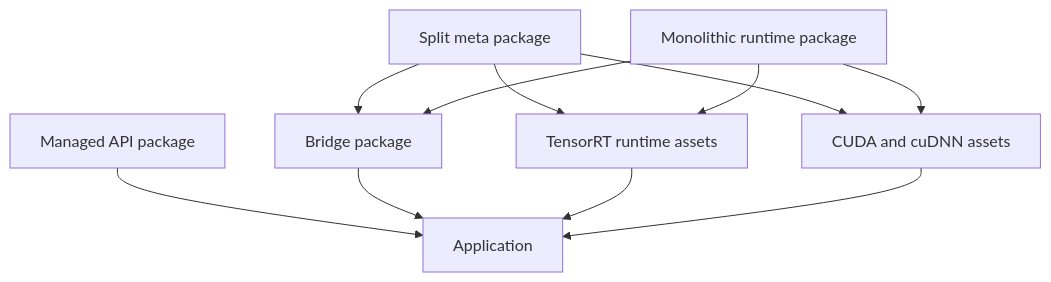
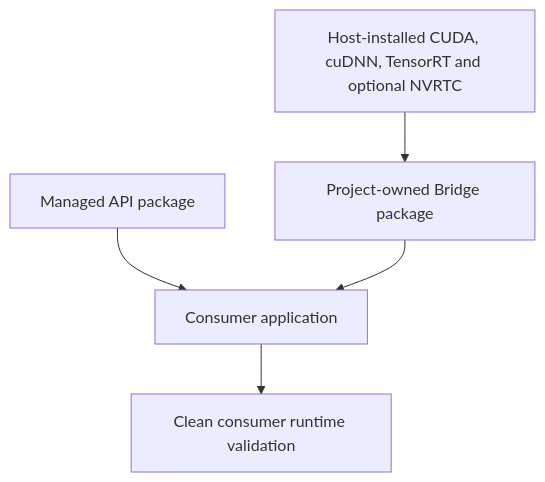
One commit to guojin-yan/TensorRT-CSharp-API changed the first of 2 diagrams in docs/articles/zh-cn/runtime-package-selection.md. Above: the diagram before and after it, drawn with Mermaid. The commit also changed other lines of this file and 65 other files, not shown here.

````diff
--- a/docs/articles/zh-cn/runtime-package-selection.md
+++ b/docs/articles/zh-cn/runtime-package-selection.md
@@ -18,13 +25,7 @@
 ```mermaid
 flowchart TD
-    A["Managed API package"] --> APP["Application"]
-    B["Bridge package"] --> APP
-    T["TensorRT runtime assets"] --> APP
-    C["CUDA and cuDNN assets"] --> APP
-    M["Split meta package"] --> B
-    M --> T
-    M --> C
-    F["Monolithic runtime package"] --> B
-    F --> T
-    F --> C
+    M["Managed API package"] --> APP["Consumer application"]
+    B["Project-owned Bridge package"] --> APP
+    H["Host-installed CUDA, cuDNN, TensorRT and optional NVRTC"] --> B
+    APP --> V["Clean consumer runtime validation"]
 ```
````
